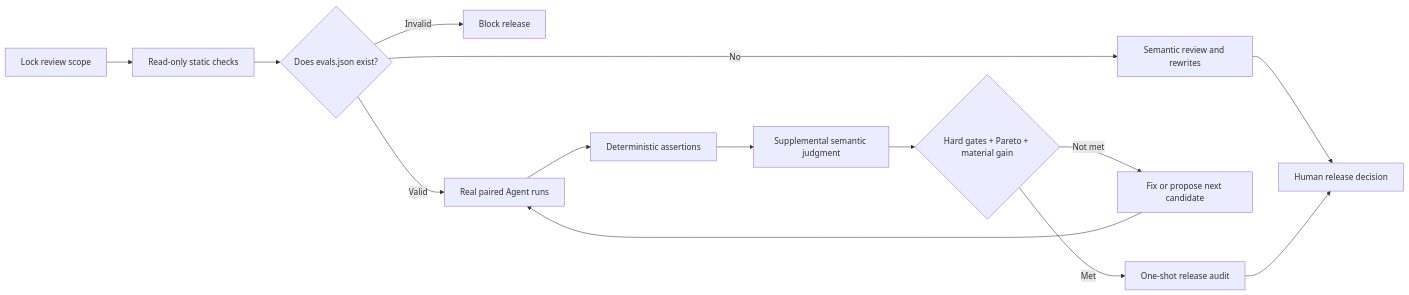
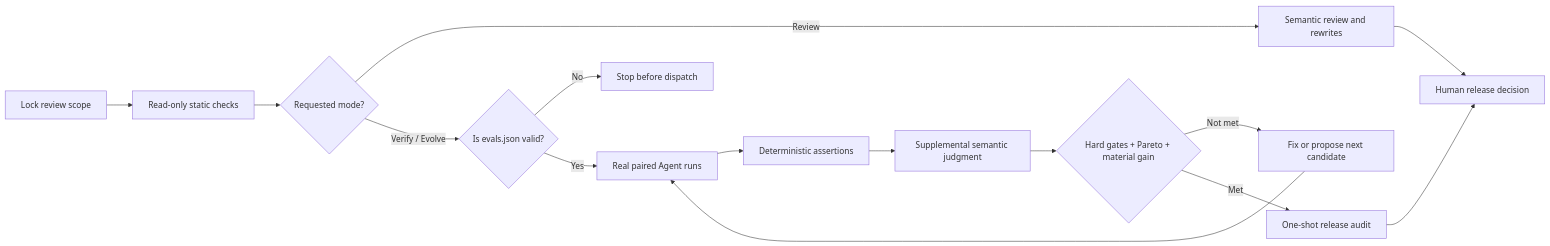
The first of 2 diagrams in README.md (Nirvana-Jie/skill-reviewer), drawn with Mermaid before and after one commit. The commit also changed other lines of this file and 16 other files, not shown here.

````diff
--- a/README.md
+++ b/README.md
@@ -48,16 +54,17 @@
 ```mermaid
 flowchart LR
     A["Lock review scope"] --> B["Read-only static checks"]
-    B --> C{"Does evals.json exist?"}
-    C -- "No" --> D["Semantic review and rewrites"]
-    C -- "Invalid" --> E["Block release"]
-    C -- "Valid" --> F["Real paired Agent runs"]
+    B --> C{"Requested mode?"}
+    C -- "Review" --> D["Semantic review and rewrites"]
+    C -- "Verify / Evolve" --> E{"Is evals.json valid?"}
+    E -- "No" --> H["Stop before dispatch"]
+    E -- "Yes" --> F["Real paired Agent runs"]
     F --> G["Deterministic assertions"]
-    G --> H["Supplemental semantic judgment"]
-    H --> I{"Hard gates + Pareto + material gain"}
+    G --> M["Supplemental semantic judgment"]
+    M --> I{"Hard gates + Pareto + material gain"}
     I -- "Not met" --> J["Fix or propose next candidate"]
     J --> F
     I -- "Met" --> K["One-shot release audit"]
     D --> L["Human release decision"]
     K --> L
 ```
````
